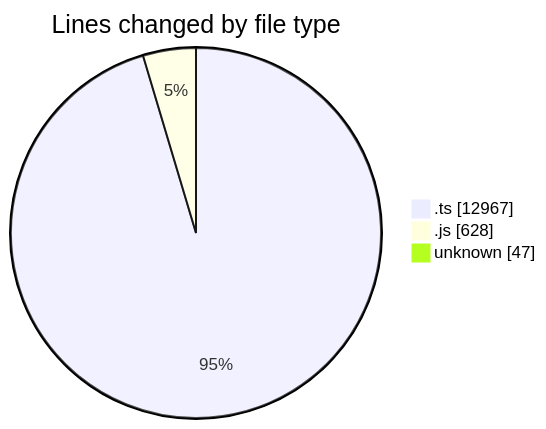
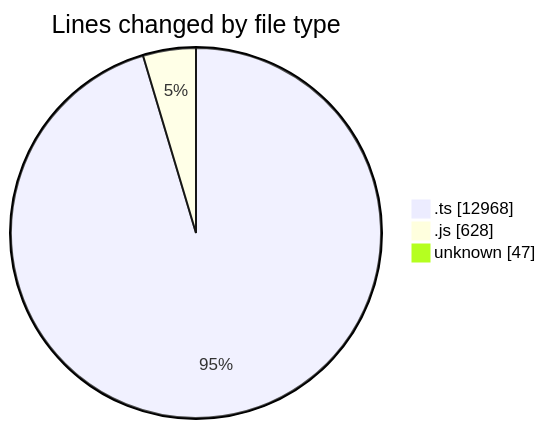
The first of 2 diagrams in 2025-09-05/cda/README.md (momahboobian/code-tracking), drawn with Mermaid before and after one commit. The commit also changed other lines of this file and 1 other file, not shown here.

````diff
--- a/2025-09-05/cda/README.md
+++ b/2025-09-05/cda/README.md
@@ -27,7 +27,7 @@
 ```mermaid
 pie showData
 title Lines changed by file type
-".ts" : 12967
+".ts" : 12968
 ".js" : 628
 "unknown" : 47
 ```
````
